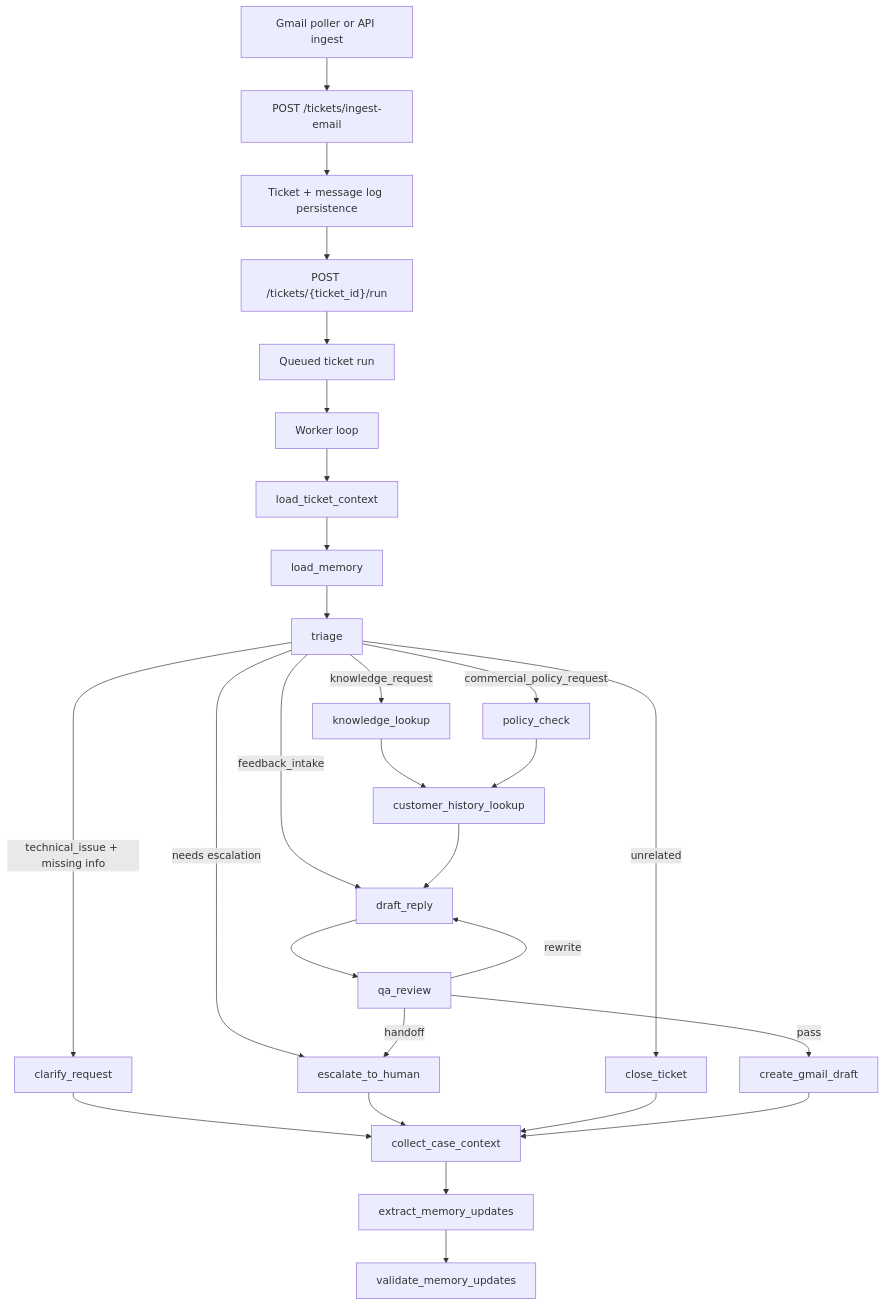
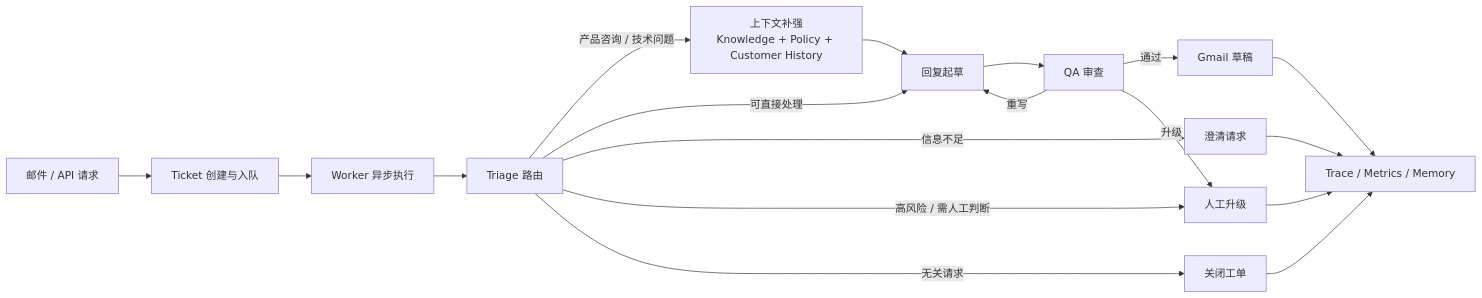
The diagram in README.md (Yorag/customer_support_copilot), drawn with Mermaid before and after one commit. The commit also changed other lines of this file and 8 other files, not shown here.

````diff
--- a/README.md
+++ b/README.md
@@ -21,33 +21,23 @@
 ```mermaid
-flowchart TD
-    A[Gmail poller or API ingest] --> B[POST /tickets/ingest-email]
-    B --> C[Ticket + message log persistence]
-    C --> D["POST /tickets/{ticket_id}/run"]
-    D --> E[Queued ticket run]
-    E --> F[Worker loop]
-    F --> G[load_ticket_context]
-    G --> H[load_memory]
-    H --> I[triage]
+flowchart LR
+    A[邮件 / API 请求] --> B[Ticket 创建与入队]
+    B --> C[Worker 异步执行]
+    C --> D[Triage 路由]
 
-    I -->|knowledge_request| J[knowledge_lookup]
-    I -->|commercial_policy_request| K[policy_check]
-    I -->|feedback_intake| L[draft_reply]
-    I -->|technical_issue + missing info| M[clarify_request]
-    I -->|needs escalation| N[escalate_to_human]
-    I -->|unrelated| O[close_ticket]
+    D -->|产品咨询 / 技术问题| E[上下文补强<br/>Knowledge + Policy + Customer History]
+    D -->|可直接处理| F[回复起草]
+    D -->|信息不足| G[澄清请求]
+    D -->|高风险 / 需人工判断| H[人工升级]
+    D -->|无关请求| I[关闭工单]
 
-    J --> P[customer_history_lookup]
-    K --> P
-    P --> L
-    L --> Q[qa_review]
-    Q -->|pass| R[create_gmail_draft]
-    Q -->|rewrite| L
-    Q -->|handoff| N
+    E --> F
+    F --> J[QA 审查]
+    J -->|通过| K[Gmail 草稿]
+    J -->|重写| F
+    J -->|升级| H
 
-    M --> S[collect_case_context]
-    N --> S
-    O --> S
-    R --> S
-    S --> T[extract_memory_updates]
-    T --> U[validate_memory_updates]
+    K --> L[Trace / Metrics / Memory]
+    G --> L
+    H --> L
+    I --> L
 ```
````
